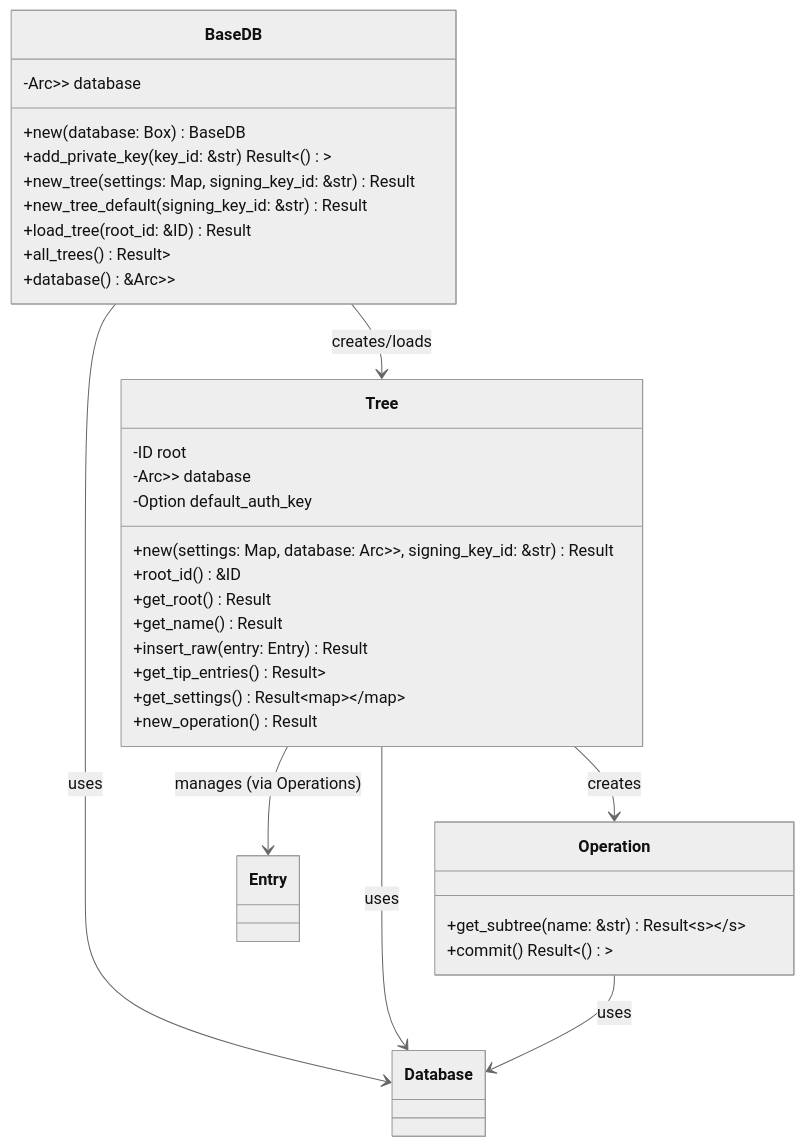
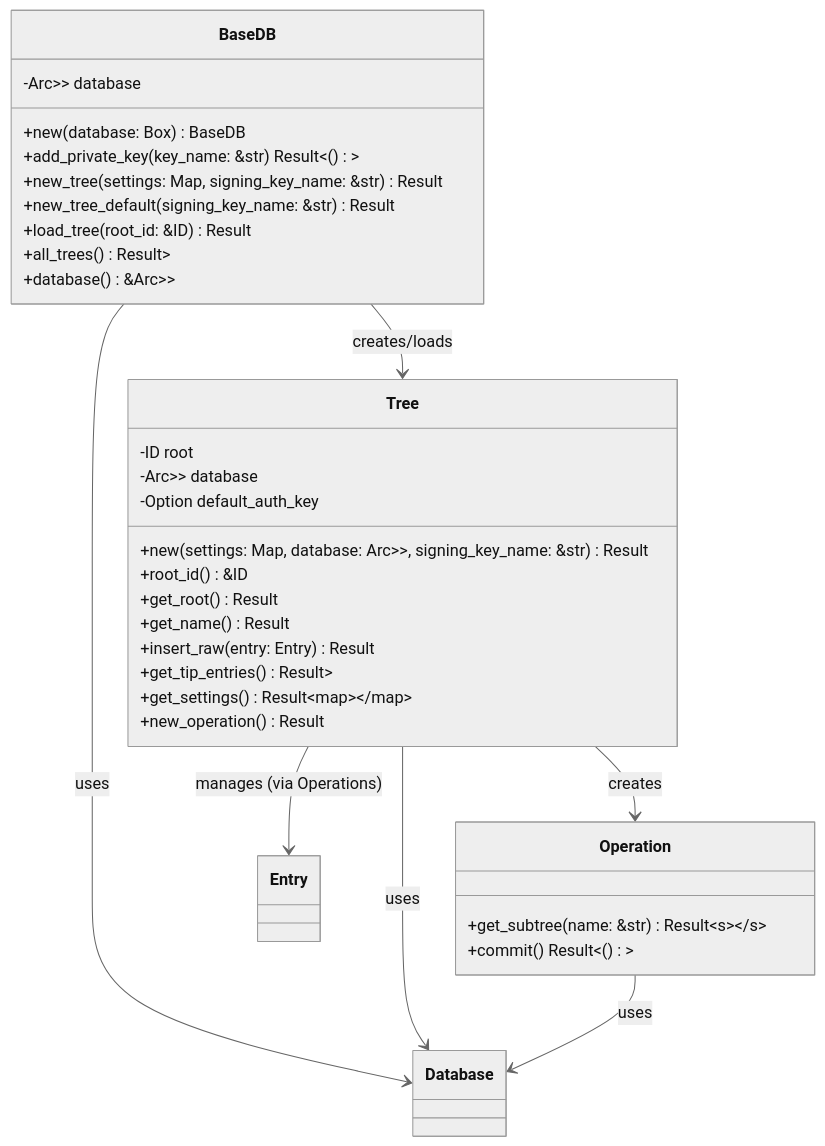
The diagram in docs/src/internal/core_components/basedb_tree.md (arcuru/eidetica), drawn with Mermaid (neutral theme) before and after one commit. The commit also changed other lines of this file and 28 other files, not shown here.

Commit message:
refactor: clarifying the name of the Key Name

````diff
--- a/docs/src/internal/core_components/basedb_tree.md
+++ b/docs/src/internal/core_components/basedb_tree.md
@@ -5,39 +5,39 @@
 ```mermaid
 classDiagram
     class BaseDB {
         -Arc<Mutex<Box<dyn Database>>> database
         +new(database: Box<dyn Database>) BaseDB
-        +add_private_key(key_id: &str) Result<()>
-        +new_tree(settings: Map, signing_key_id: &str) Result<Tree>
-        +new_tree_default(signing_key_id: &str) Result<Tree>
+        +add_private_key(key_name: &str) Result<()>
+        +new_tree(settings: Map, signing_key_name: &str) Result<Tree>
+        +new_tree_default(signing_key_name: &str) Result<Tree>
         +load_tree(root_id: &ID) Result<Tree>
         +all_trees() Result<Vec<Tree>>
         +database() &Arc<Mutex<Box<dyn Database>>>
     }
 
     class Tree {
         -ID root
         -Arc<Mutex<Box<dyn Database>>> database
         -Option<String> default_auth_key
-        +new(settings: Map, database: Arc<Mutex<Box<dyn Database>>>, signing_key_id: &str) Result<Tree>
+        +new(settings: Map, database: Arc<Mutex<Box<dyn Database>>>, signing_key_name: &str) Result<Tree>
         +root_id() &ID
         +get_root() Result<Entry>
         +get_name() Result<String>
         +insert_raw(entry: Entry) Result<ID>
         +get_tip_entries() Result<Vec<Entry>>
         +get_settings() Result<Map>
         +new_operation() Result<Operation>
     }
 
     class Operation {
         +get_subtree<S: SubtreeType>(name: &str) Result<S>
         +commit() Result<()>
     }
 
     BaseDB --> Tree : creates/loads
     BaseDB --> Database : uses
     Tree --> Database : uses
     Tree --> Entry : manages (via Operations)
     Tree --> Operation : creates
     Operation --> Database : uses
 ```
````
